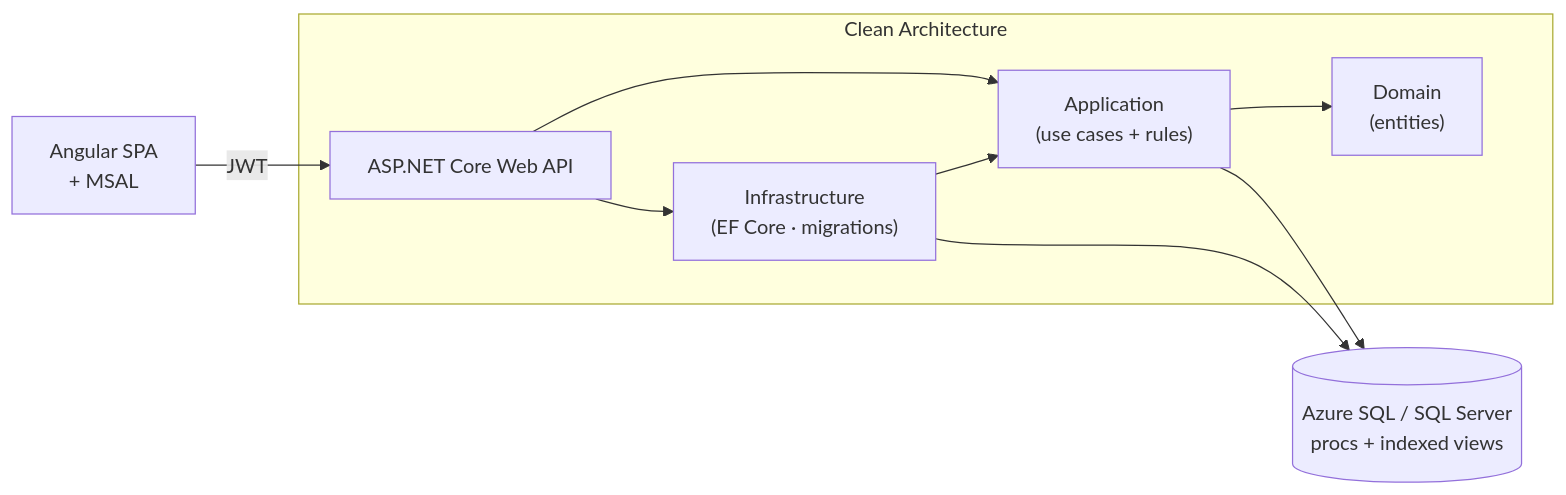
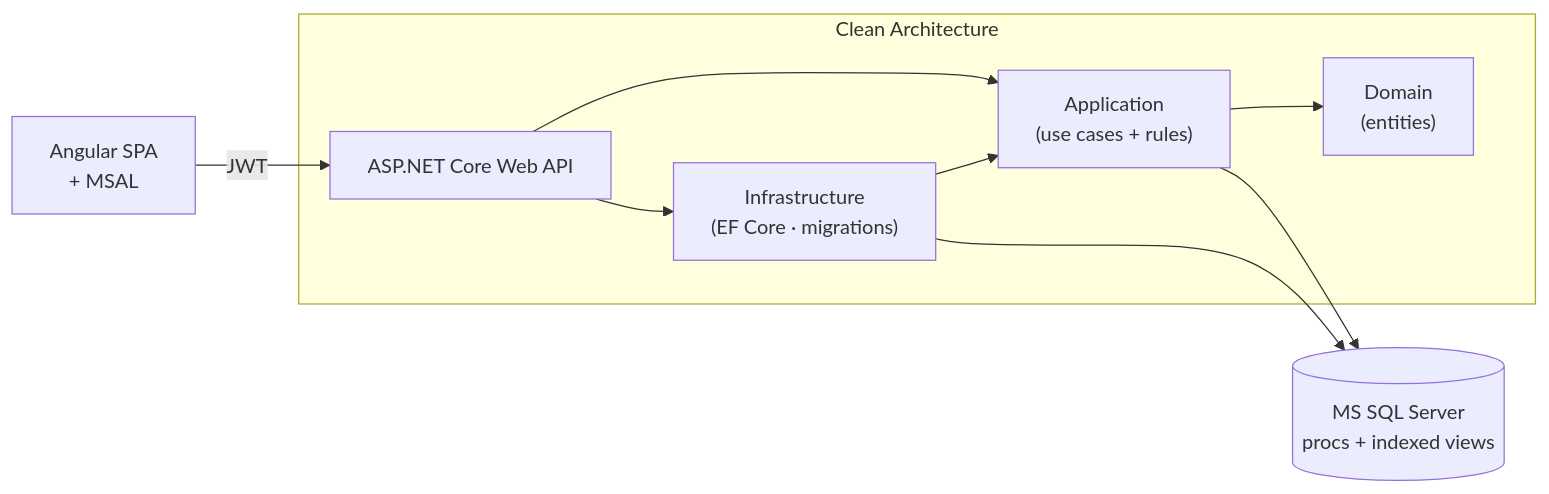
Before and after one commit to OmArYaS/FinTrack: the diagram in README.md, drawn with Mermaid. The commit also changed other lines of this file and 8 other files, not shown here.

Commit message:
Relabel data tier as MS SQL Server; drop Azure SQL and Azure DevOps branding from docs

````diff
--- a/README.md
+++ b/README.md
@@ -31,11 +31,11 @@
 ```mermaid
 flowchart LR
     UI["Angular SPA\n+ MSAL"] -->|JWT| API["ASP.NET Core Web API"]
     subgraph Clean["Clean Architecture"]
         API --> APP["Application\n(use cases + rules)"]
         APP --> DOM["Domain\n(entities)"]
         API --> INF["Infrastructure\n(EF Core · migrations)"]
         INF --> APP
     end
-    APP & INF --> DB[("Azure SQL / SQL Server\nprocs + indexed views")]
+    APP & INF --> DB[("MS SQL Server\nprocs + indexed views")]
 ```
````
